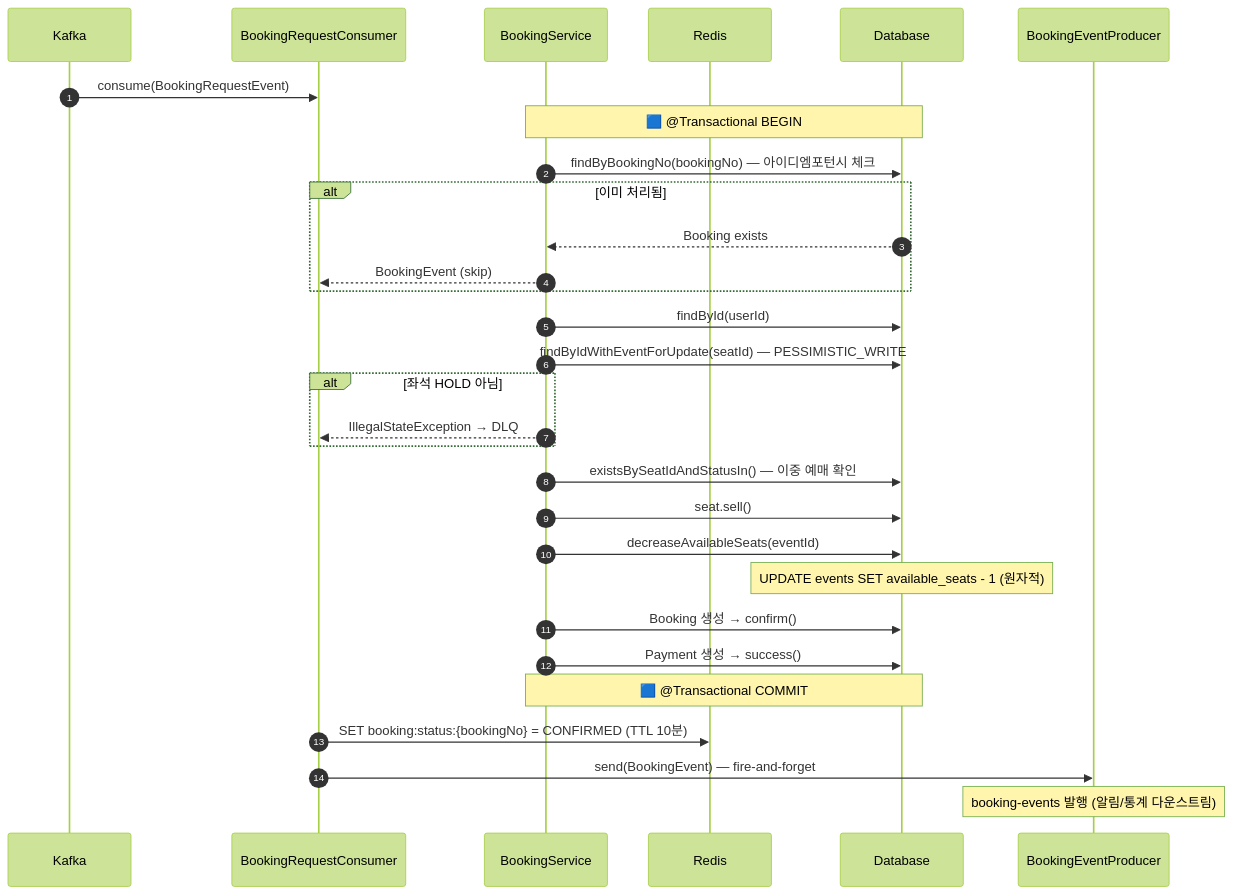
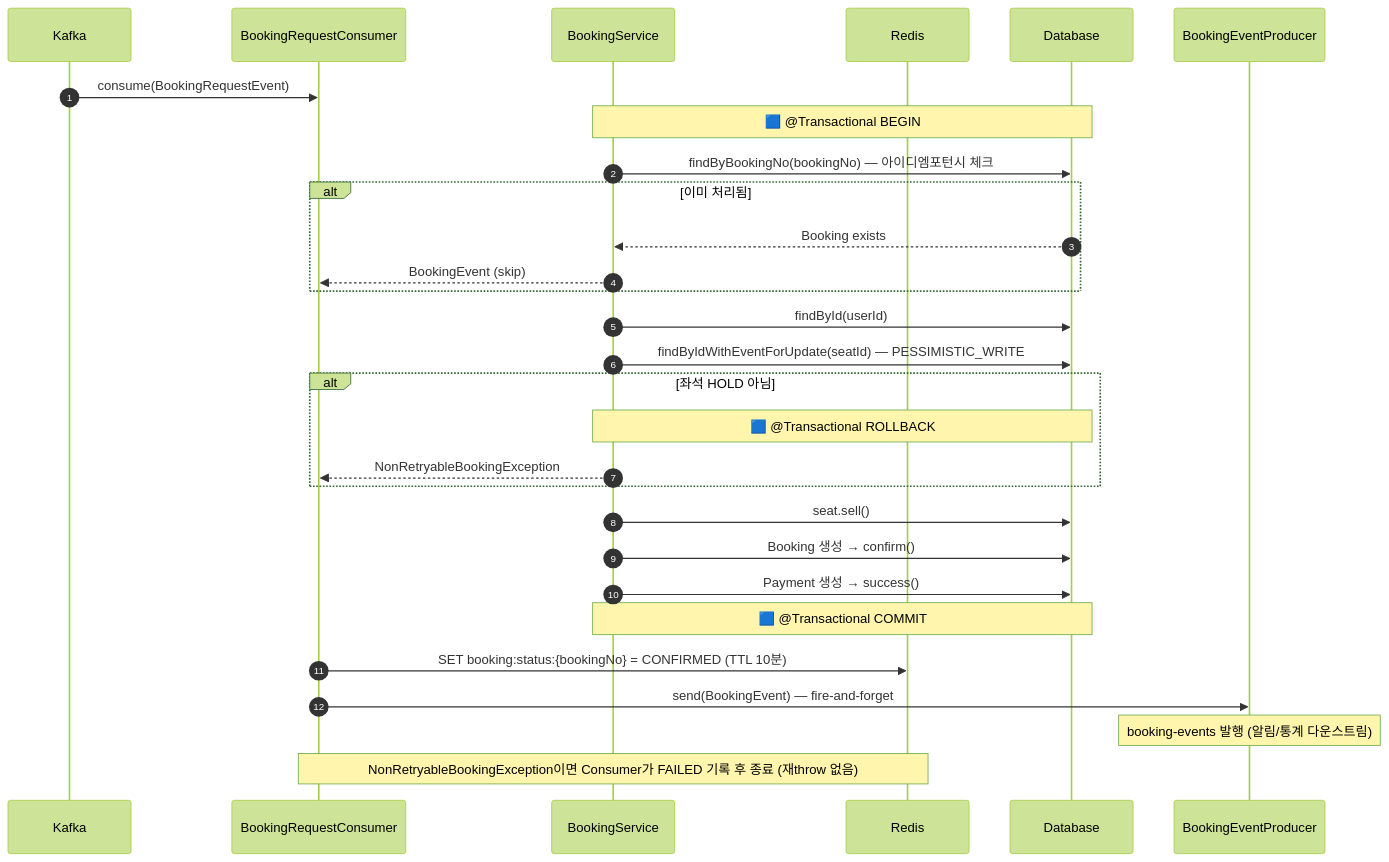
Before and after one commit to mercedes6115/ticketing-vibe: the fourth of 7 diagrams in docs/transaction-flows.md, drawn with Mermaid (forest theme). The commit also changed other lines of this file and 6 other files, not shown here.

````diff
--- a/docs/transaction-flows.md
+++ b/docs/transaction-flows.md
@@ -156,42 +156,40 @@
 ```mermaid
 sequenceDiagram
     autonumber
     participant K   as Kafka
     participant Con as BookingRequestConsumer
     participant BS  as BookingService
     participant R   as Redis
     participant DB  as Database
     participant EP  as BookingEventProducer
 
     K->>Con: consume(BookingRequestEvent)
 
     Note over BS,DB: 🟦 @Transactional BEGIN
 
     BS->>DB: findByBookingNo(bookingNo) — 아이디엠포턴시 체크
     alt 이미 처리됨
         DB-->>BS: Booking exists
         BS-->>Con: BookingEvent (skip)
     end
 
     BS->>DB: findById(userId)
     BS->>DB: findByIdWithEventForUpdate(seatId) — PESSIMISTIC_WRITE
 
     alt 좌석 HOLD 아님
-        BS-->>Con: IllegalStateException → DLQ
+        Note over BS,DB: 🟦 @Transactional ROLLBACK
+        BS-->>Con: NonRetryableBookingException
     end
 
-    BS->>DB: existsBySeatIdAndStatusIn() — 이중 예매 확인
     BS->>DB: seat.sell()
-    BS->>DB: decreaseAvailableSeats(eventId)
-    Note over DB: UPDATE events SET available_seats - 1 (원자적)
 
     BS->>DB: Booking 생성 → confirm()
     BS->>DB: Payment 생성 → success()
 
     Note over BS,DB: 🟦 @Transactional COMMIT
-
     Con->>R:  SET booking:status:{bookingNo} = CONFIRMED (TTL 10분)
     Con->>EP: send(BookingEvent) — fire-and-forget
 
     Note over EP: booking-events 발행 (알림/통계 다운스트림)
+    Note over Con,R: NonRetryableBookingException이면 Consumer가 FAILED 기록 후 종료 (재throw 없음)
 ```
````
